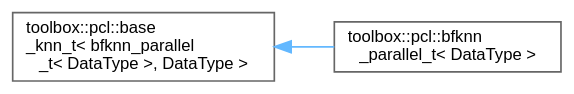
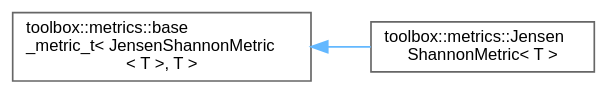
One commit to nerdneilsfield/cpp-toolbox changed the diagram in inherit_graph_58.dot. Above: the diagram before and after it, drawn with Graphviz. The commit also changed 771 other files, not shown here.

```diff
--- a/inherit_graph_58.dot
+++ b/inherit_graph_58.dot
@@ -1,11 +1,11 @@
 digraph "Graphical Class Hierarchy"
 {
  // LATEX_PDF_SIZE
   bgcolor="transparent";
   edge [fontname=Helvetica,fontsize=10,labelfontname=Helvetica,labelfontsize=10];
   node [fontname=Helvetica,fontsize=10,shape=box,height=0.2,width=0.4];
   rankdir="LR";
-  Node0 [id="Node000000",label="toolbox::pcl::base\l_knn_t\< bfknn_parallel\l_t\< DataType \>, DataType \>",height=0.2,width=0.4,color="grey40", fillcolor="white", style="filled",URL="$classtoolbox_1_1pcl_1_1base__knn__t.html",tooltip=" "];
-  Node0 -> Node1 [id="edge56_Node000000_Node000001",dir="back",color="steelblue1",style="solid",tooltip=" "];
-  Node1 [id="Node000001",label="toolbox::pcl::bfknn\l_parallel_t\< DataType \>",height=0.2,width=0.4,color="grey40", fillcolor="white", style="filled",URL="$classtoolbox_1_1pcl_1_1bfknn__parallel__t.html",tooltip=" "];
+  Node0 [id="Node000000",label="toolbox::metrics::base\l_metric_t\< JensenShannonMetric\l\< T \>, T \>",height=0.2,width=0.4,color="grey40", fillcolor="white", style="filled",URL="$classtoolbox_1_1metrics_1_1base__metric__t.html",tooltip=" "];
+  Node0 -> Node1 [id="edge60_Node000000_Node000001",dir="back",color="steelblue1",style="solid",tooltip=" "];
+  Node1 [id="Node000001",label="toolbox::metrics::Jensen\lShannonMetric\< T \>",height=0.2,width=0.4,color="grey40", fillcolor="white", style="filled",URL="$classtoolbox_1_1metrics_1_1_jensen_shannon_metric.html",tooltip=" "];
 }
```
